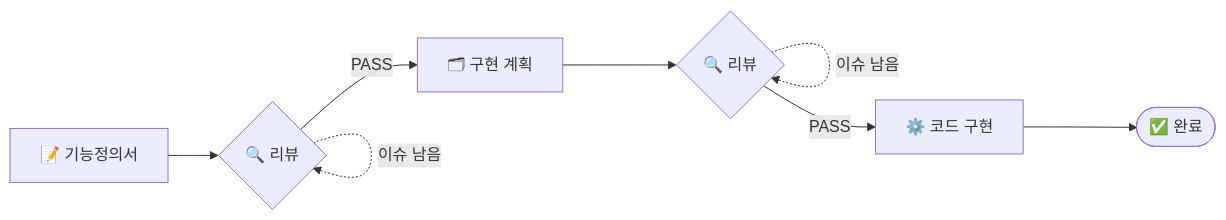
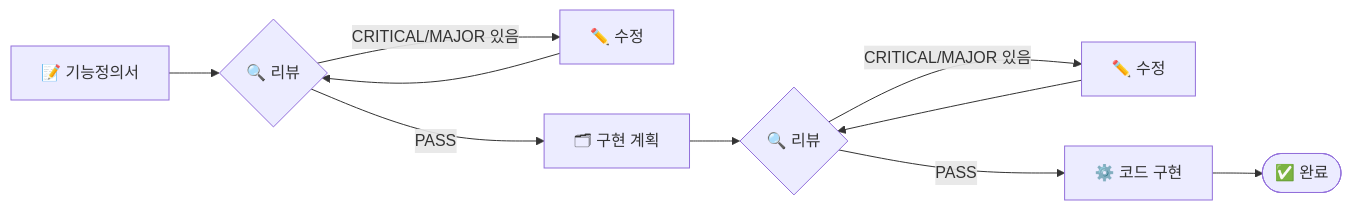
Before and after one commit to NB3025/consensus-build: the diagram in README.md, drawn with Mermaid. The commit also changed other lines of this file, not shown here.

Commit message:
docs: 리뷰 루프에 '수정' 단계를 명시해 실제 사이클 반영
기존 self-loop(리뷰→리뷰)는 '리뷰가 제자리 반복'으로 오해됨.
실제로는 리뷰 → 합의된 CRITICAL/MAJOR 이슈로 문서 수정 → 재리뷰 사이클.
다이어그램에 ✏️ 수정 노드를 추가(리뷰→수정→재리뷰)하고, 설명문과
Phase 2 표 설명도 동일 사이클로 통일.

````diff
--- a/README.md
+++ b/README.md
@@ -91,8 +91,10 @@
 ```mermaid
 flowchart LR
-    P1[📝 기능정의서] --> P2{🔍 리뷰}
-    P2 -.->|이슈 남음| P2
-    P2 -->|PASS| P3[🗂 구현 계획] --> P4{🔍 리뷰}
-    P4 -.->|이슈 남음| P4
-    P4 -->|PASS| P6[⚙️ 코드 구현] --> P7([✅ 완료])
+    P1[📝 기능정의서] --> R1{🔍 리뷰}
+    R1 -->|CRITICAL/MAJOR 있음| F1[✏️ 수정]
+    F1 --> R1
+    R1 -->|PASS| P3[🗂 구현 계획] --> R2{🔍 리뷰}
+    R2 -->|CRITICAL/MAJOR 있음| F2[✏️ 수정]
+    F2 --> R2
+    R2 -->|PASS| P6[⚙️ 코드 구현] --> P7([✅ 완료])
 ```
````
